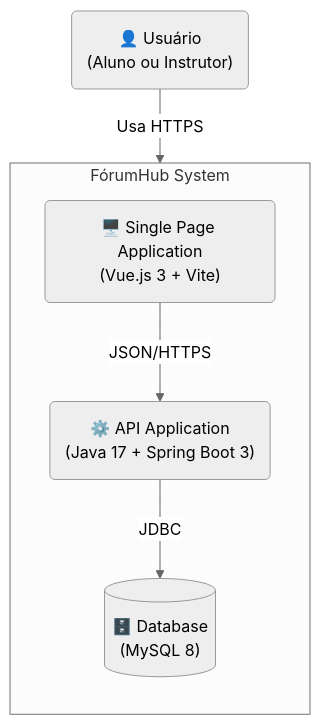
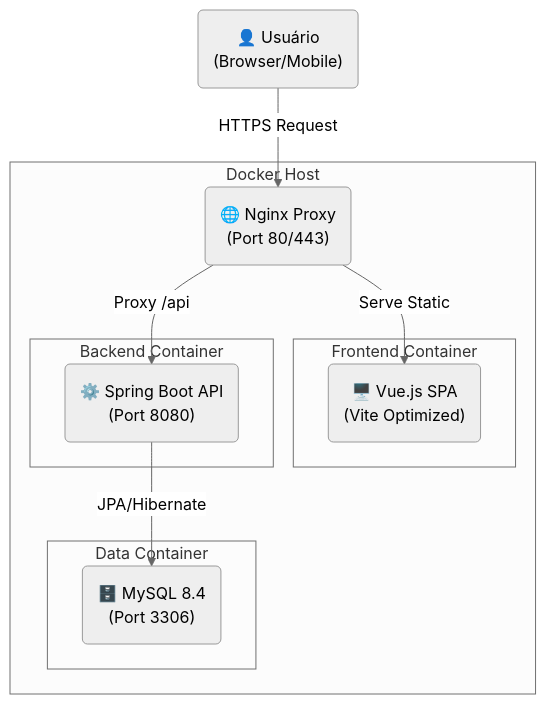
Before and after one commit to DessimA/forum-hub: the first of 3 diagrams in docs/pt-br/02-arquitetura.md, drawn with Mermaid (neutral theme). The commit also changed other lines of this file and 49 other files, not shown here.

````diff
--- a/docs/pt-br/02-arquitetura.md
+++ b/docs/pt-br/02-arquitetura.md
@@ -11,15 +11,25 @@
 ```mermaid
 graph TD
-    User("👤 Usuário<br/>(Aluno ou Instrutor)")
-
-    subgraph ForumHub [FórumHub System]
-        direction TB
-        SPA("🖥️ Single Page Application<br/>(Vue.js 3 + Vite)")
-        API("⚙️ API Application<br/>(Java 17 + Spring Boot 3)")
-        DB[("🗄️ Database<br/>(MySQL 8)")]
+    User("👤 Usuário<br/>(Browser/Mobile)")
+    
+    subgraph "Docker Host"
+        Nginx("🌐 Nginx Proxy<br/>(Port 80/443)")
+        
+        subgraph "Frontend Container"
+            VueApp("🖥️ Vue.js SPA<br/>(Vite Optimized)")
+        end
+        
+        subgraph "Backend Container"
+            SpringBoot("⚙️ Spring Boot API<br/>(Port 8080)")
+        end
+        
+        subgraph "Data Container"
+            MySQL("🗄️ MySQL 8.4<br/>(Port 3306)")
+        end
     end
 
-    User -->|Usa HTTPS| SPA
-    SPA -->|JSON/HTTPS| API
-    API -->|JDBC| DB
+    User -->|HTTPS Request| Nginx
+    Nginx -->|Serve Static| VueApp
+    Nginx -->|Proxy /api| SpringBoot
+    SpringBoot -->|JPA/Hibernate| MySQL
 ```
````
